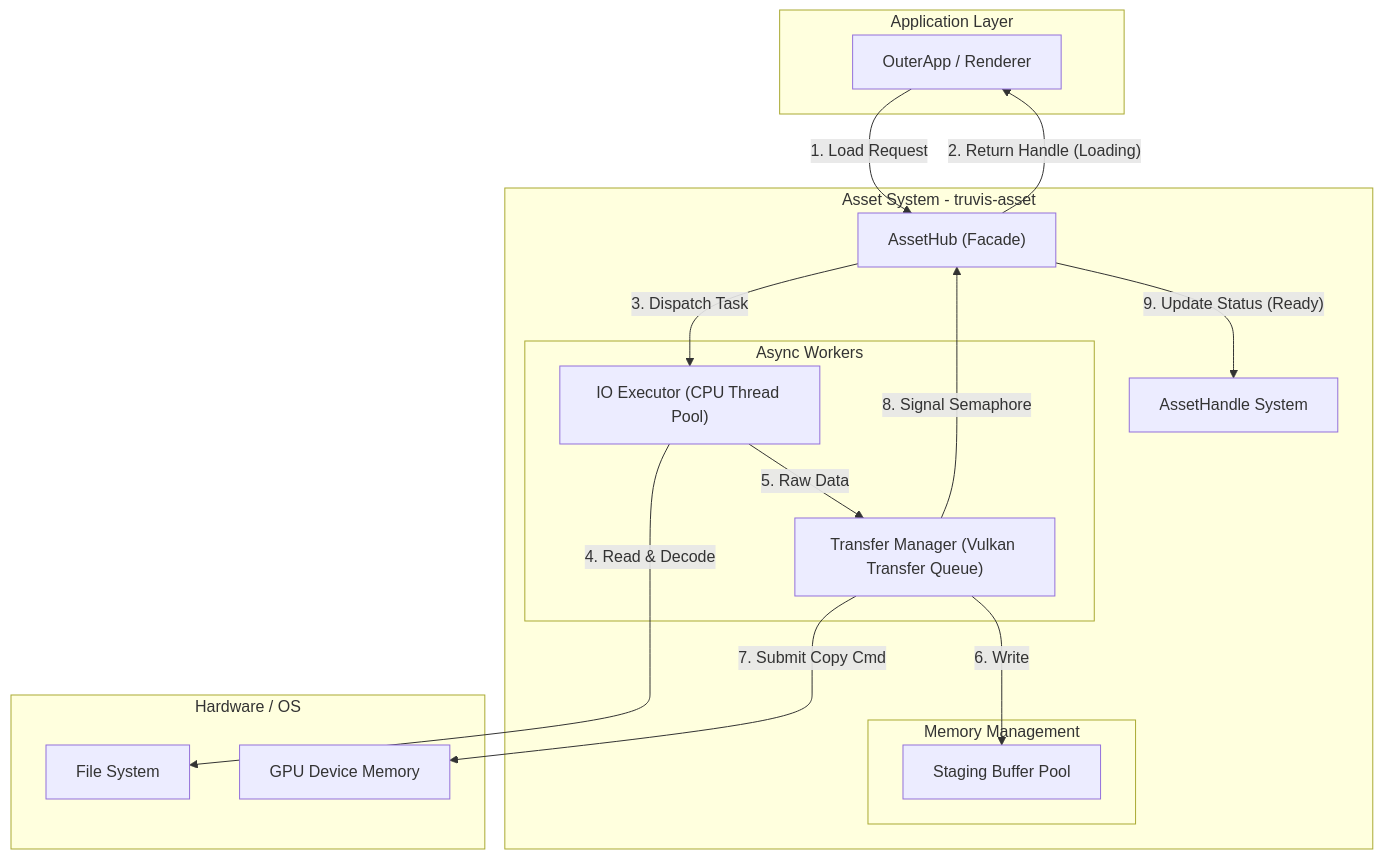
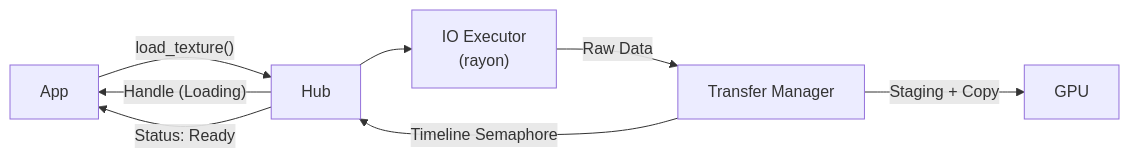
The diagram in docs/design/async_asset_loading.md (acccoco/Render-Rust-vk-Truvis), drawn with Mermaid before and after one commit. The commit also changed other lines of this file, not shown here.

Commit message:
[doc] 更新 asset-hub 的设计文档

````diff
--- a/docs/design/async_asset_loading.md
+++ b/docs/design/async_asset_loading.md
@@ -27,35 +13,10 @@
 ```mermaid
-graph TD
-    subgraph AppLayer [Application Layer]
-        App["OuterApp / Renderer"]
-    end
-
-    subgraph AssetSystem [Asset System - truvis-asset]
-        Hub["AssetHub (Facade)"]
-        Handle["AssetHandle System"]
-        
-        subgraph AsyncWorkers [Async Workers]
-            IO["IO Executor (CPU Thread Pool)"]
-            TM["Transfer Manager (Vulkan Transfer Queue)"]
-        end
-        
-        subgraph MemMgmt [Memory Management]
-            Staging["Staging Buffer Pool"]
-        end
-    end
-
-    subgraph Hardware [Hardware / OS]
-        Disk["File System"]
-        GPU["GPU Device Memory"]
-    end
-
-    App -->|"1. Load Request"| Hub
-    Hub -->|"2. Return Handle (Loading)"| App
-    Hub -->|"3. Dispatch Task"| IO
-    IO -->|"4. Read & Decode"| Disk
-    IO -->|"5. Raw Data"| TM
-    TM -->|"6. Write"| Staging
-    TM -->|"7. Submit Copy Cmd"| GPU
-    TM -->|"8. Signal Semaphore"| Hub
-    Hub -->|"9. Update Status (Ready)"| Handle
+graph LR
+    App -->|"load_texture()"| Hub
+    Hub -->|"Handle (Loading)"| App
+    Hub --> IO["IO Executor<br/>(rayon)"]
+    IO -->|"Raw Data"| TM["Transfer Manager"]
+    TM -->|"Staging + Copy"| GPU
+    TM -->|"Timeline Semaphore"| Hub
+    Hub -->|"Status: Ready"| App
 ```
````
